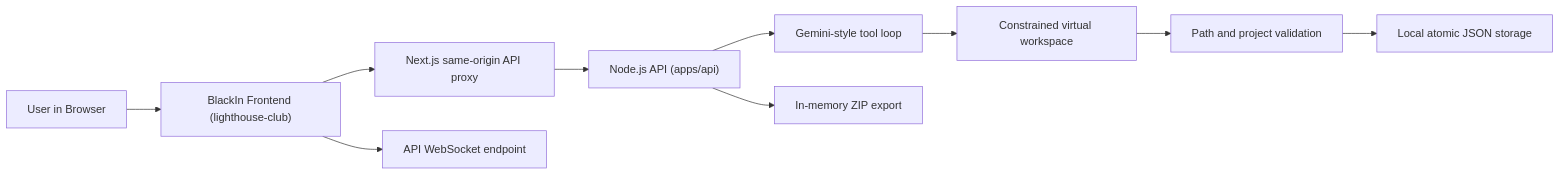
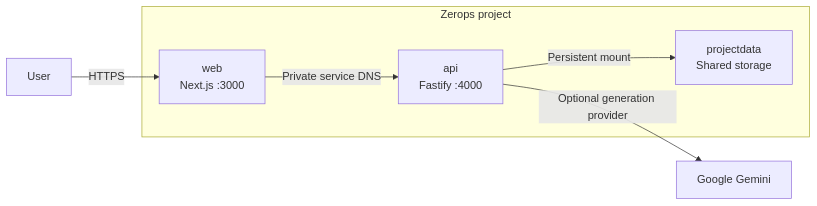
The diagram in README.md (ayushshrivastv/BlackIn-Zerops), drawn with Mermaid before and after one commit. The commit also changed other lines of this file, not shown here.

First line of the commit message:
Present BlackIn as a Zerops platform

````diff
--- a/README.md
+++ b/README.md
@@ -79,12 +62,15 @@
 ```mermaid
 flowchart LR
-    U["User in Browser"] --> FE["BlackIn Frontend (lighthouse-club)"]
-    FE --> PROXY["Next.js same-origin API proxy"]
-    PROXY --> API["Node.js API (apps/api)"]
-    FE --> WS["API WebSocket endpoint"]
-    API --> AGENT["Gemini-style tool loop"]
-    AGENT --> VFS["Constrained virtual workspace"]
-    VFS --> VALIDATE["Path and project validation"]
-    VALIDATE --> STORE["Local atomic JSON storage"]
-    API --> ZIP["In-memory ZIP export"]
+    USER["User"] -->|HTTPS| WEB
+
+    subgraph ZEROPS["Zerops project"]
+        WEB["web<br/>Next.js :3000"]
+        API["api<br/>Fastify :4000"]
+        DATA["projectdata<br/>Shared storage"]
+
+        WEB -->|"Private service DNS"| API
+        API -->|"Persistent mount"| DATA
+    end
+
+    API -->|"Optional generation provider"| GEMINI["Google Gemini"]
 ```
````
